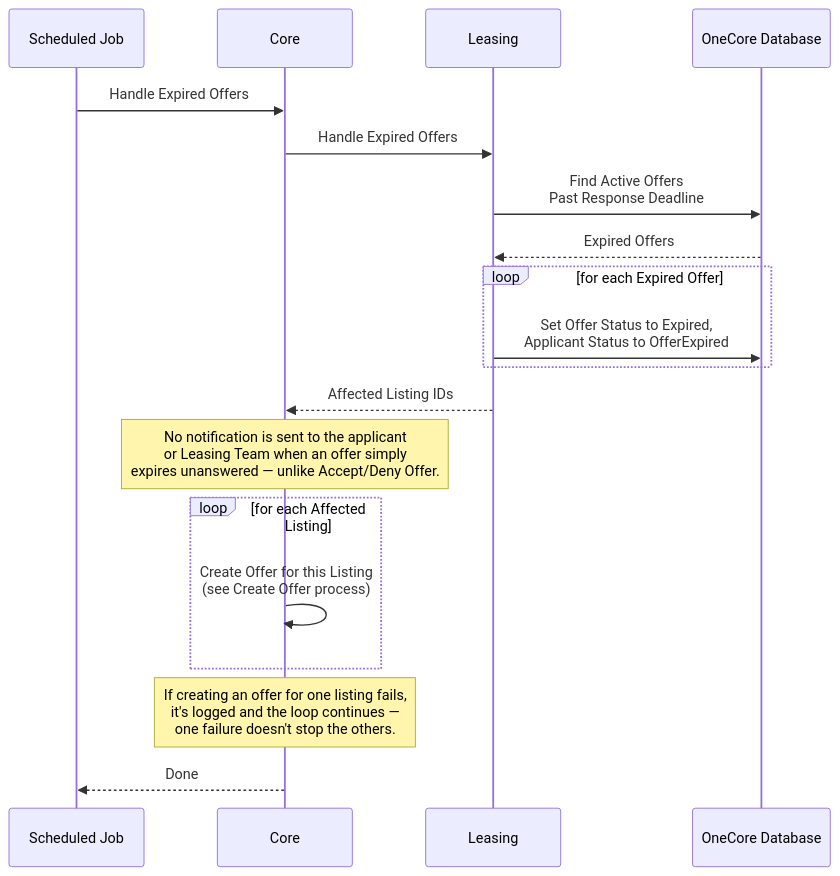
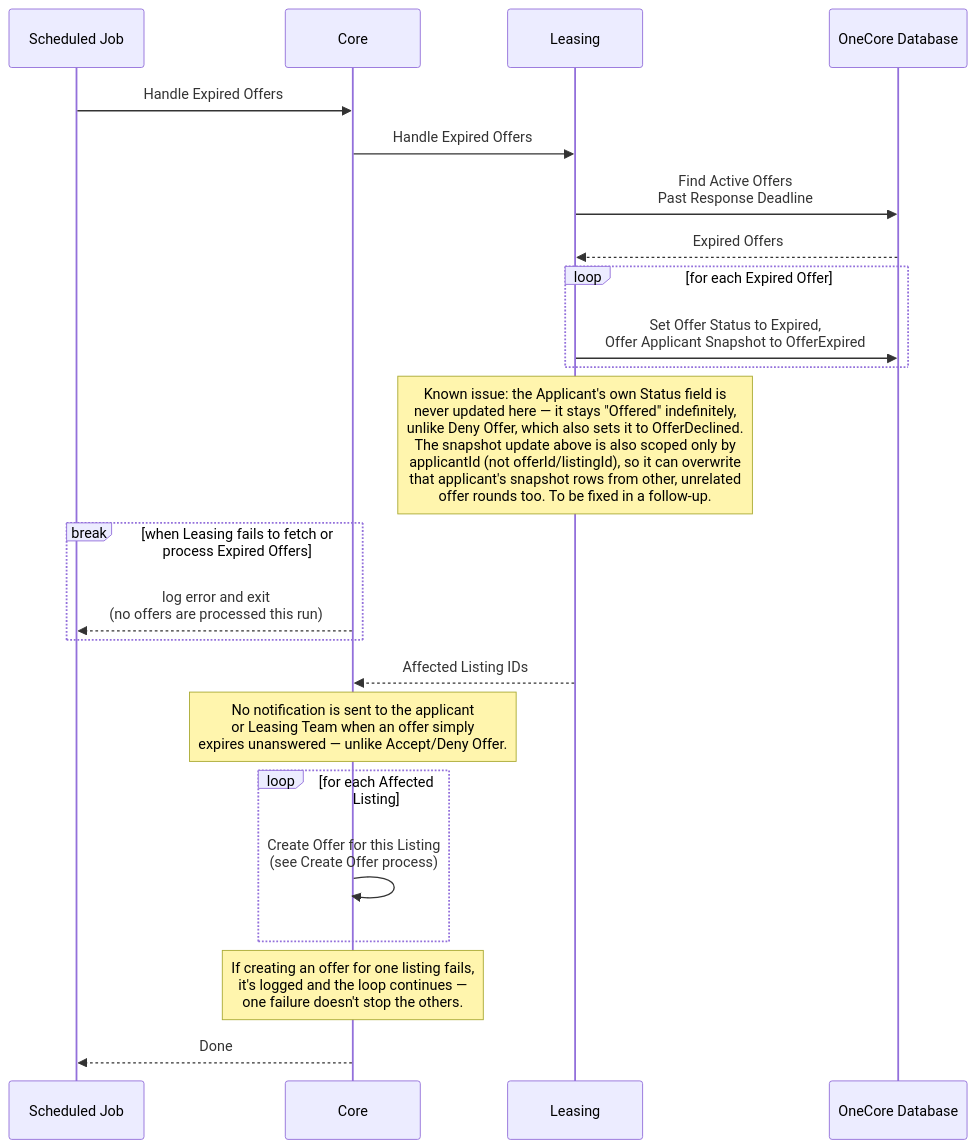
Before and after one commit to Bostads-AB-Mimer/onecore: the second of 2 diagrams in core/src/processes/parkingspaces/internal/DOCS_Expire_Offer.md, drawn with Mermaid. The commit also changed other lines of this file and 5 other files, not shown here.

Commit message:
Fix diagrams to match actual behavior, log silent script failures

````diff
--- a/core/src/processes/parkingspaces/internal/DOCS_Expire_Offer.md
+++ b/core/src/processes/parkingspaces/internal/DOCS_Expire_Offer.md
@@ -25,28 +25,33 @@
 ```mermaid
 sequenceDiagram
     participant ScheduledJob as Scheduled Job
     participant Core as Core
     participant Leasing as Leasing
     participant OneCoreDB as OneCore Database
 
     ScheduledJob ->> Core: Handle Expired Offers
 
     Core ->> Leasing: Handle Expired Offers
     Leasing ->> OneCoreDB: Find Active Offers<br/>Past Response Deadline
     OneCoreDB -->> Leasing: Expired Offers
 
     loop for each Expired Offer
-        Leasing ->> OneCoreDB: Set Offer Status to Expired,<br/>Applicant Status to OfferExpired
+        Leasing ->> OneCoreDB: Set Offer Status to Expired,<br/>Offer Applicant Snapshot to OfferExpired
+    end
+    note over Leasing: Known issue: the Applicant's own Status field is<br/>never updated here — it stays "Offered" indefinitely,<br/>unlike Deny Offer, which also sets it to OfferDeclined.<br/>The snapshot update above is also scoped only by<br/>applicantId (not offerId/listingId), so it can overwrite<br/>that applicant's snapshot rows from other, unrelated<br/>offer rounds too. To be fixed in a follow-up.
+
+    break when Leasing fails to fetch or process Expired Offers
+        Core-->>ScheduledJob: log error and exit<br/>(no offers are processed this run)
     end
 
     Leasing -->> Core: Affected Listing IDs
     note over Core: No notification is sent to the applicant<br/>or Leasing Team when an offer simply<br/>expires unanswered — unlike Accept/Deny Offer.
 
     loop for each Affected Listing
         Core ->> Core: Create Offer for this Listing<br/>(see Create Offer process)
     end
     note over Core: If creating an offer for one listing fails,<br/>it's logged and the loop continues —<br/>one failure doesn't stop the others.
 
     Core -->> ScheduledJob: Done
 
 ```
````
